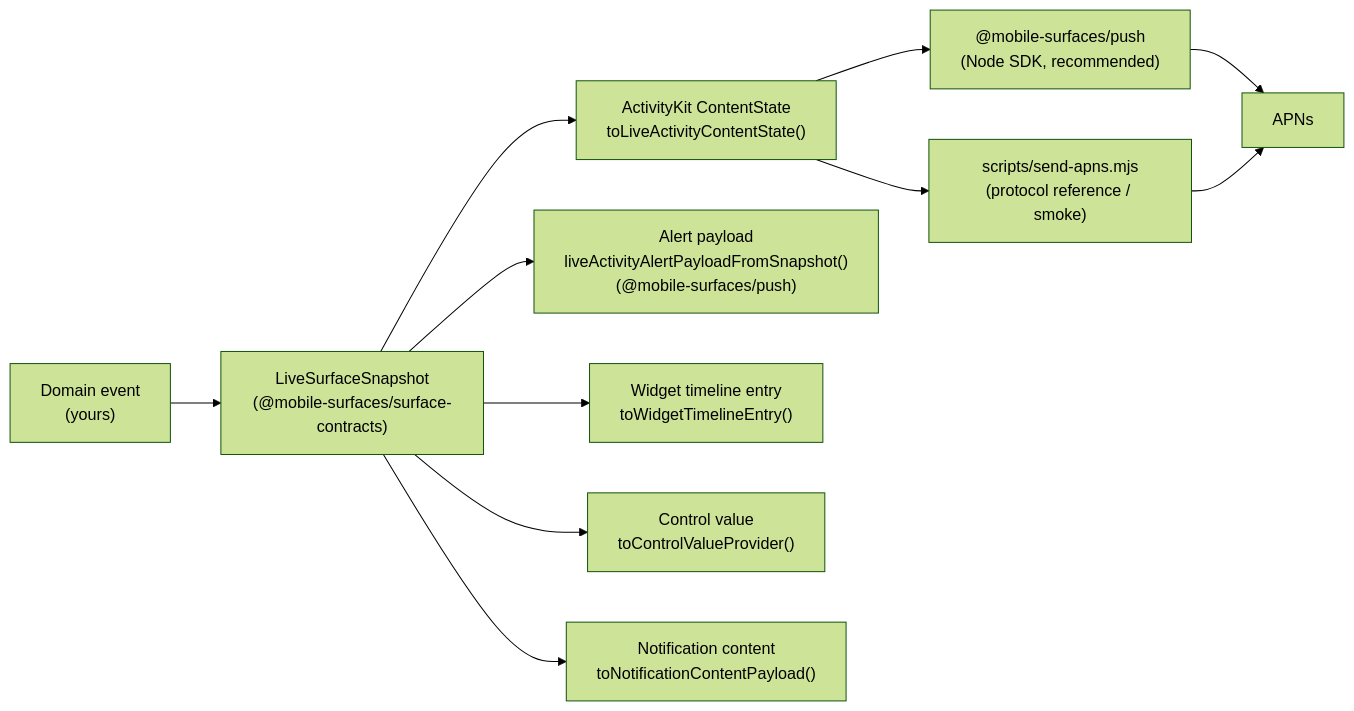
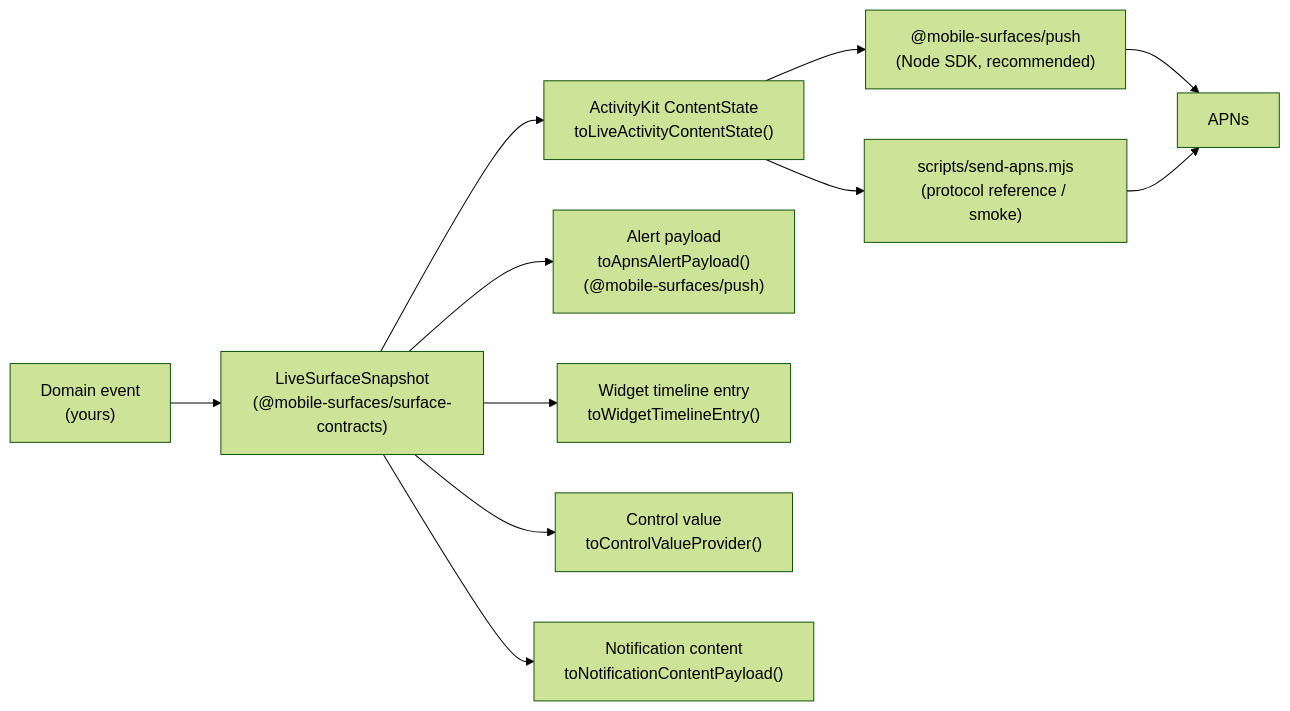
The diagram in apps/site/src/content/docs/backend-integration.md (glendonC/mobile-surfaces), drawn with Mermaid (forest theme) before and after one commit. The commit also changed other lines of this file and 196 other files, not shown here.

First line of the commit message:
v6.0: notification content extension, schema v5, codegen orchestrator (#73)

````diff
--- a/apps/site/src/content/docs/backend-integration.md
+++ b/apps/site/src/content/docs/backend-integration.md
@@ -18,13 +19,13 @@
 ```mermaid
 flowchart LR
   Event["Domain event<br/>(yours)"] --> Snapshot["LiveSurfaceSnapshot<br/>(@mobile-surfaces/surface-contracts)"]
   Snapshot --> Content["ActivityKit ContentState<br/>toLiveActivityContentState()"]
-  Snapshot --> Alert["Alert payload<br/>liveActivityAlertPayloadFromSnapshot()<br/>(@mobile-surfaces/push)"]
+  Snapshot --> Alert["Alert payload<br/>toApnsAlertPayload()<br/>(@mobile-surfaces/push)"]
   Snapshot --> Widget["Widget timeline entry<br/>toWidgetTimelineEntry()"]
   Snapshot --> Control["Control value<br/>toControlValueProvider()"]
   Snapshot --> Notification["Notification content<br/>toNotificationContentPayload()"]
   Content --> SDK["@mobile-surfaces/push<br/>(Node SDK, recommended)"]
   Content --> Script["scripts/send-apns.mjs<br/>(protocol reference / smoke)"]
   SDK --> APNS["APNs"]
   Script --> APNS
 ```
````
